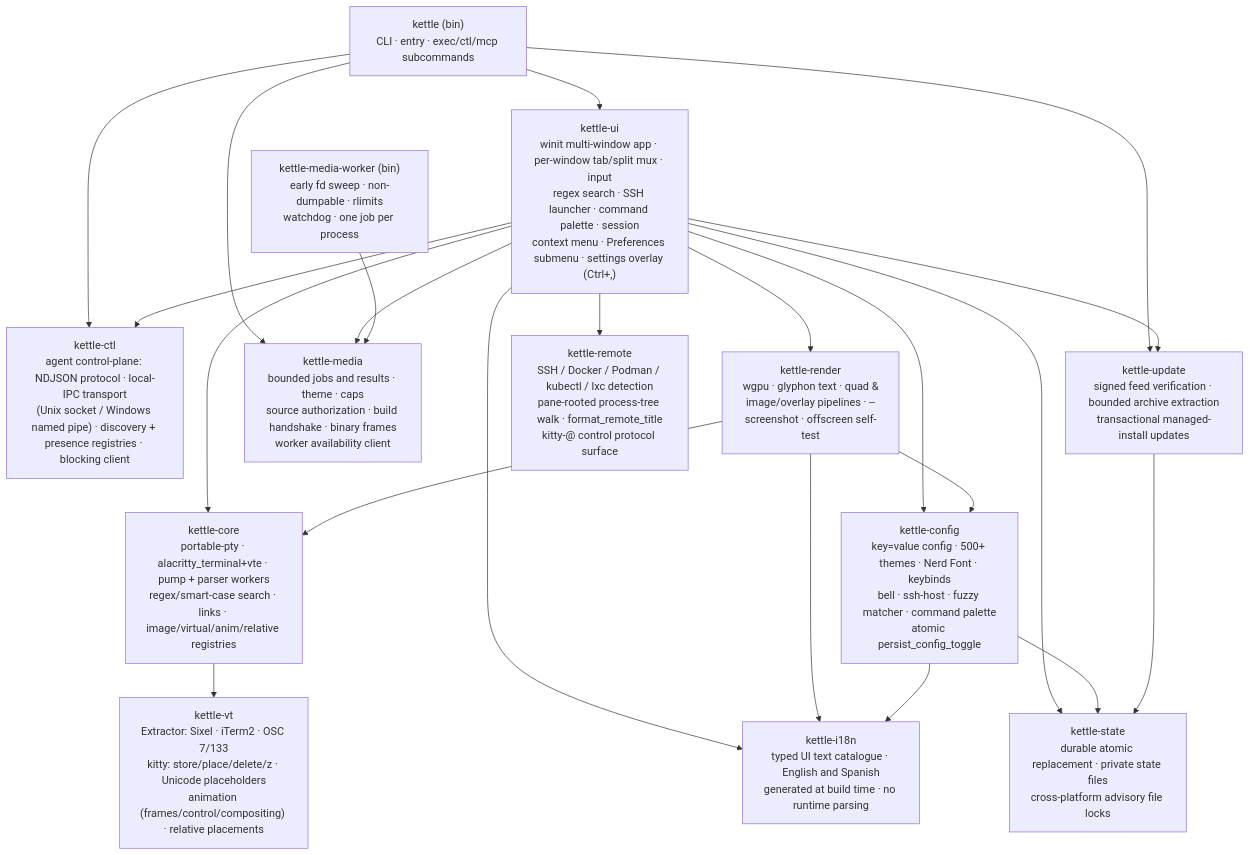
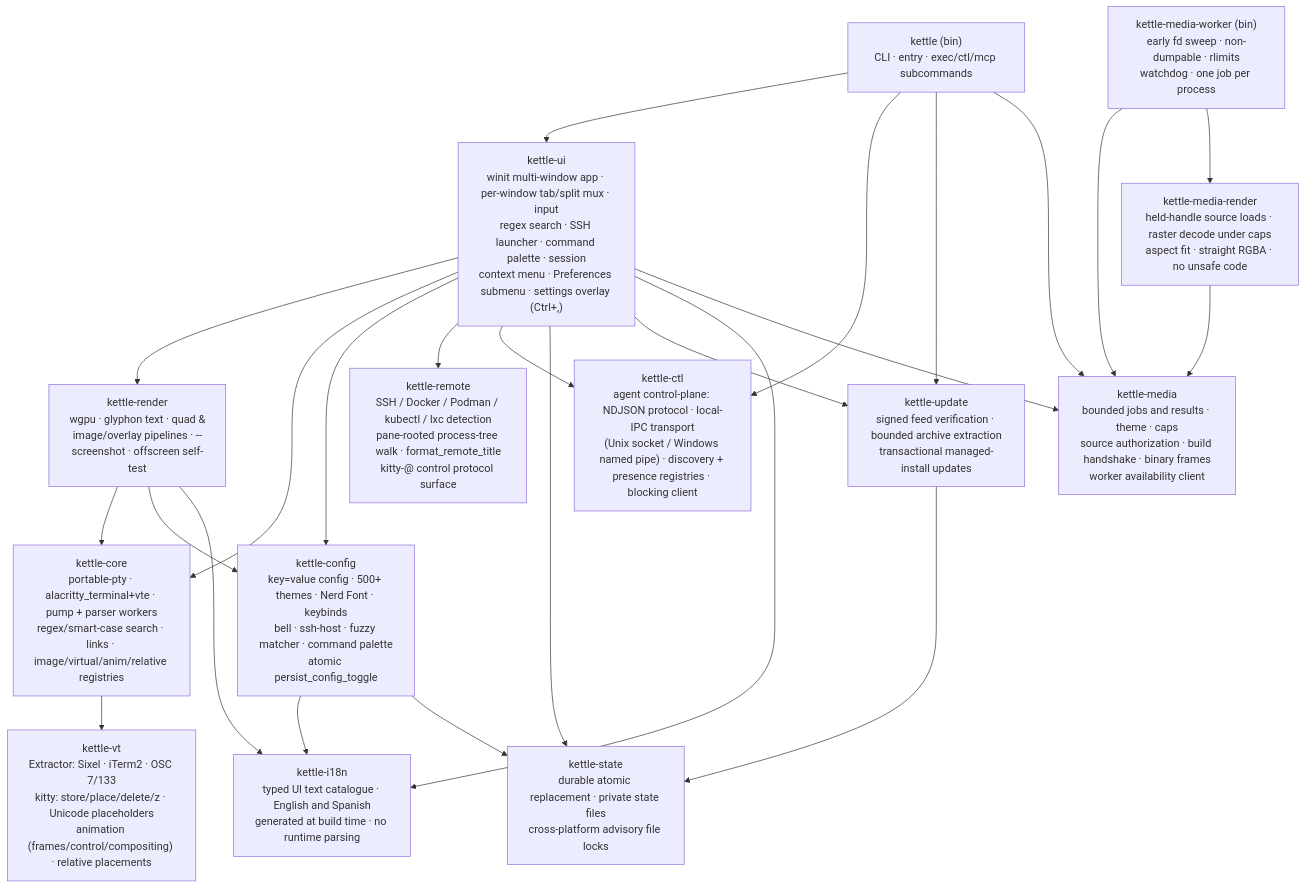
One commit to Reddimus/kettle changed the first of 11 diagrams in docs/ARCHITECTURE.md. Above: the diagram before and after it, drawn with Mermaid. The commit also changed other lines of this file and 25 other files, not shown here.

First line of the commit message:
kettle-media-render, kettle-media-worker: render raster jobs in the media worker (#470)

````diff
--- a/docs/ARCHITECTURE.md
+++ b/docs/ARCHITECTURE.md
@@ -10,30 +10,32 @@
 ```mermaid
 graph TD
     bin["kettle (bin)<br/>CLI · entry · exec/ctl/mcp subcommands"] --> ui
     bin --> ctl
     bin --> update
     bin --> media
     ui["kettle-ui<br/>winit multi-window app · per-window tab/split mux · input<br/>regex search · SSH launcher · command palette · session<br/>context menu · Preferences submenu · settings overlay (Ctrl+,)"] --> render
     ui --> core
     ui --> cfg
     ui --> remote
     ui --> ctl
     ui --> state
     ui --> update
     ui --> i18n
     ui --> media
     i18n["kettle-i18n<br/>typed UI text catalogue · English and Spanish<br/>generated at build time · no runtime parsing"]
     ctl["kettle-ctl<br/>agent control-plane: NDJSON protocol · local-IPC transport<br/>(Unix socket / Windows named pipe) · discovery + presence registries · blocking client"]
     render["kettle-render<br/>wgpu · glyphon text · quad &<br/>image/overlay pipelines · --screenshot · offscreen self-test"] --> core
     render --> cfg
     render --> i18n
     core["kettle-core<br/>portable-pty · alacritty_terminal+vte · pump + parser workers<br/>regex/smart-case search · links · image/virtual/anim/relative registries"] --> vt
     cfg --> i18n
     cfg["kettle-config<br/>key=value config · 500+ themes · Nerd Font · keybinds<br/>bell · ssh-host · fuzzy matcher · command palette<br/>atomic persist_config_toggle"] --> state
     vt["kettle-vt<br/>Extractor: Sixel · iTerm2 · OSC 7/133<br/>kitty: store/place/delete/z · Unicode placeholders<br/>animation (frames/control/compositing) · relative placements"]
     remote["kettle-remote<br/>SSH / Docker / Podman / kubectl / lxc detection<br/>pane-rooted process-tree walk · format_remote_title<br/>kitty-@ control protocol surface"]
     update["kettle-update<br/>signed feed verification · bounded archive extraction<br/>transactional managed-install updates"] --> state
     state["kettle-state<br/>durable atomic replacement · private state files<br/>cross-platform advisory file locks"]
     media["kettle-media<br/>bounded jobs and results · theme · caps<br/>source authorization · build handshake · binary frames<br/>worker availability client"]
     worker["kettle-media-worker (bin)<br/>early fd sweep · non-dumpable · rlimits<br/>watchdog · one job per process"] --> media
+    worker --> mrender
+    mrender["kettle-media-render<br/>held-handle source loads · raster decode under caps<br/>aspect fit · straight RGBA · no unsafe code"] --> media
 ```
````
